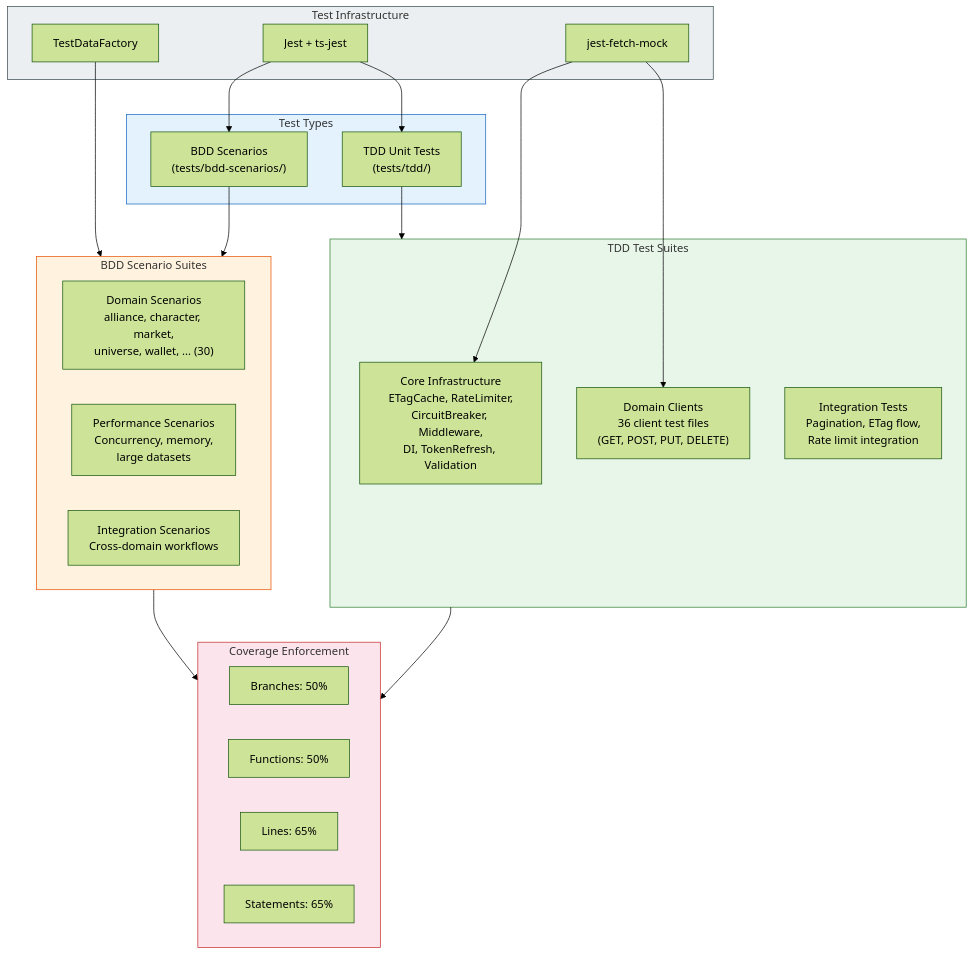
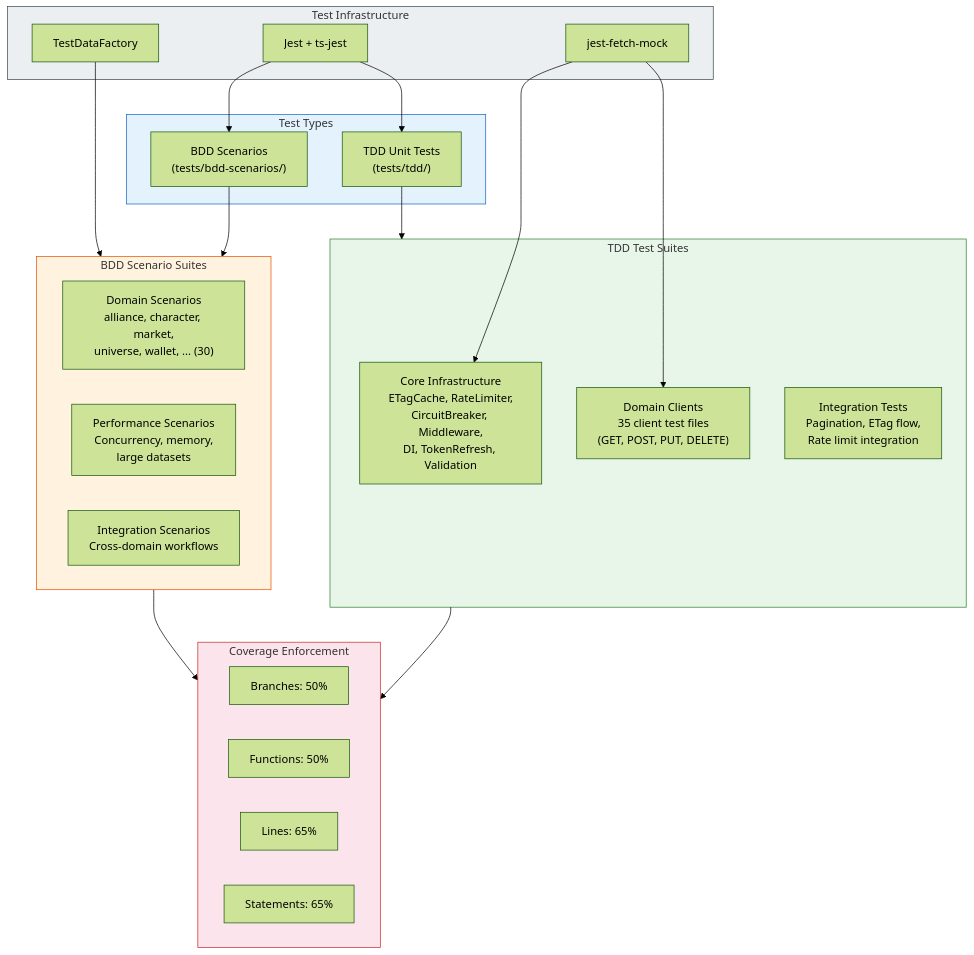
One commit to lgriffin/ESI.ts changed the eighth of 9 diagrams in docs/architecture.md. Above: the diagram before and after it, drawn with Mermaid (forest theme). The commit also changed other lines of this file and 1 other file, not shown here.

First line of the commit message:
Fix client count in architecture docs and changelog

````diff
--- a/docs/architecture.md
+++ b/docs/architecture.md
@@ -428,49 +428,49 @@
 ```mermaid
 graph TB
     subgraph TestTypes["Test Types"]
         TDD["TDD Unit Tests<br/>(tests/tdd/)"]
         BDD["BDD Scenarios<br/>(tests/bdd-scenarios/)"]
     end
 
     subgraph TDDTests["TDD Test Suites"]
         Core["Core Infrastructure<br/>ETagCache, RateLimiter,<br/>CircuitBreaker, Middleware,<br/>DI, TokenRefresh, Validation"]
-        Clients["Domain Clients<br/>36 client test files<br/>(GET, POST, PUT, DELETE)"]
+        Clients["Domain Clients<br/>35 client test files<br/>(GET, POST, PUT, DELETE)"]
         Integration["Integration Tests<br/>Pagination, ETag flow,<br/>Rate limit integration"]
     end
 
     subgraph BDDTests["BDD Scenario Suites"]
         DomainBDD["Domain Scenarios<br/>alliance, character, market,<br/>universe, wallet, ... (30)"]
         PerfBDD["Performance Scenarios<br/>Concurrency, memory,<br/>large datasets"]
         IntBDD["Integration Scenarios<br/>Cross-domain workflows"]
     end
 
     subgraph Coverage["Coverage Enforcement"]
         Branches["Branches: 50%"]
         Functions["Functions: 50%"]
         Lines["Lines: 65%"]
         Statements["Statements: 65%"]
     end
 
     subgraph Tools["Test Infrastructure"]
         Jest["Jest + ts-jest"]
         FetchMock["jest-fetch-mock"]
         Factory["TestDataFactory"]
     end
 
     TDD --> TDDTests
     BDD --> BDDTests
     TDDTests --> Coverage
     BDDTests --> Coverage
 
     Jest --> TDD
     Jest --> BDD
     FetchMock --> Core
     FetchMock --> Clients
     Factory --> BDDTests
 
     style TestTypes fill:#e3f2fd,stroke:#1565c0
     style TDDTests fill:#e8f5e9,stroke:#2e7d32
     style BDDTests fill:#fff3e0,stroke:#e65100
     style Coverage fill:#fce4ec,stroke:#c62828
     style Tools fill:#eceff1,stroke:#37474f
 ```
````
